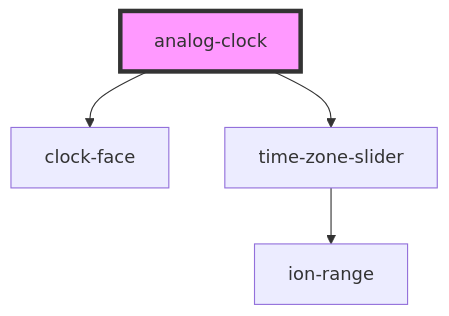
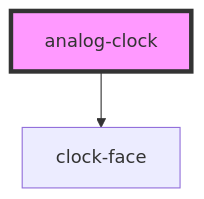
The diagram in src/components/analog-clock/readme.md (eswat2/analog-clock-components), drawn with Mermaid before and after one commit. The commit also changed other lines of this file and 6 other files, not shown here.

````diff
--- a/src/components/analog-clock/readme.md
+++ b/src/components/analog-clock/readme.md
@@ -23,7 +22,5 @@
 ```mermaid
 graph TD;
   analog-clock --> clock-face
-  analog-clock --> time-zone-slider
-  time-zone-slider --> ion-range
   style analog-clock fill:#f9f,stroke:#333,stroke-width:4px
 ```
````
